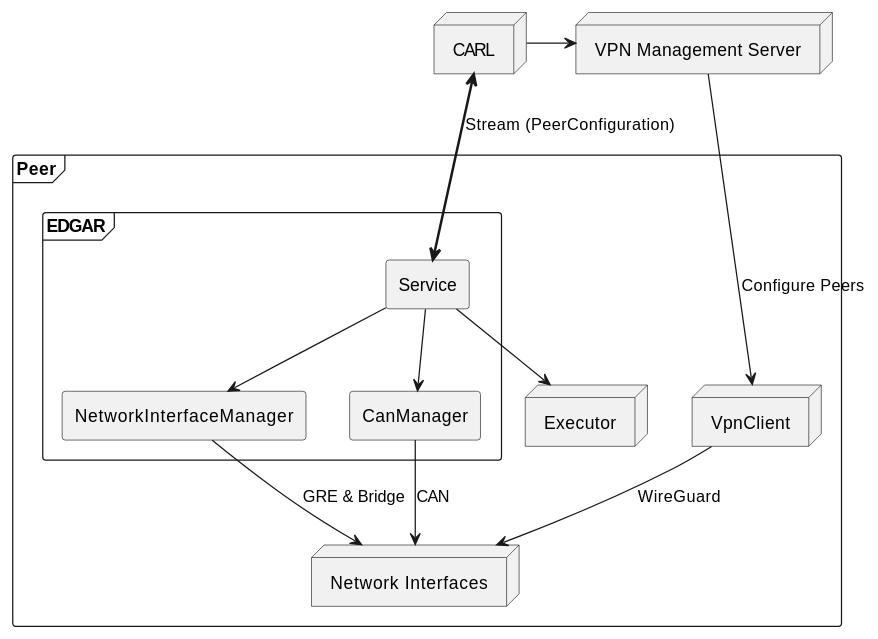
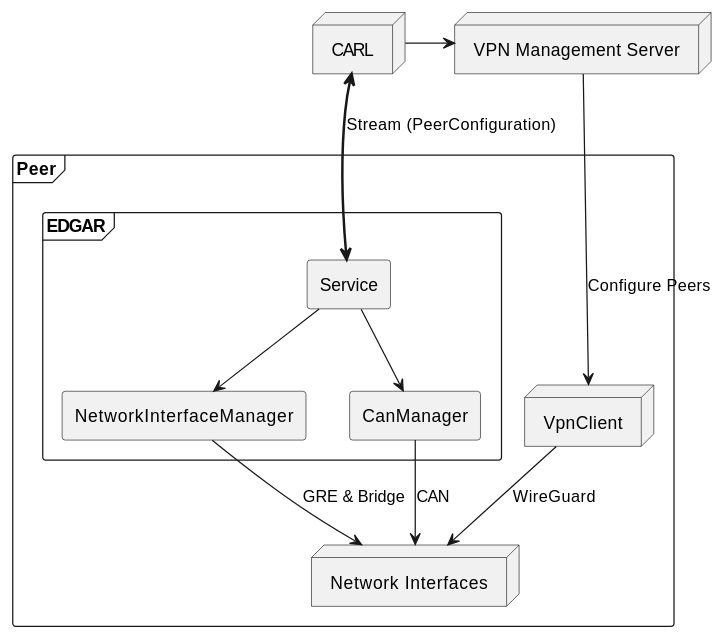
Before and after one commit to eclipse-opendut/opendut: the second of 2 diagrams in doc/src/architecture/edgar/index.md, drawn with PlantUML. The commit also changed 10 other files, not shown here.

````diff
--- a/doc/src/architecture/edgar/index.md
+++ b/doc/src/architecture/edgar/index.md
@@ -32,29 +32,27 @@
 ```plantuml
 @startuml
 frame Peer {
   node VpnClient
   frame EDGAR {
     agent "Service" as EdgarService
     agent NetworkInterfaceManager
     agent CanManager
   }
   node "Network Interfaces" as Interfaces
-  node Executor
 }
 node CARL
 node "VPN Management Server"
 
 CARL <==> EdgarService : Stream (PeerConfiguration)
 CARL -> "VPN Management Server"
 
 "VPN Management Server" --> VpnClient : Configure Peers
 
 EdgarService --> NetworkInterfaceManager
 EdgarService --> CanManager
-EdgarService --> Executor
 NetworkInterfaceManager --> Interfaces : GRE & Bridge
 CanManager --> Interfaces : CAN
 VpnClient --> Interfaces : WireGuard
 
 @enduml
 ```
````
